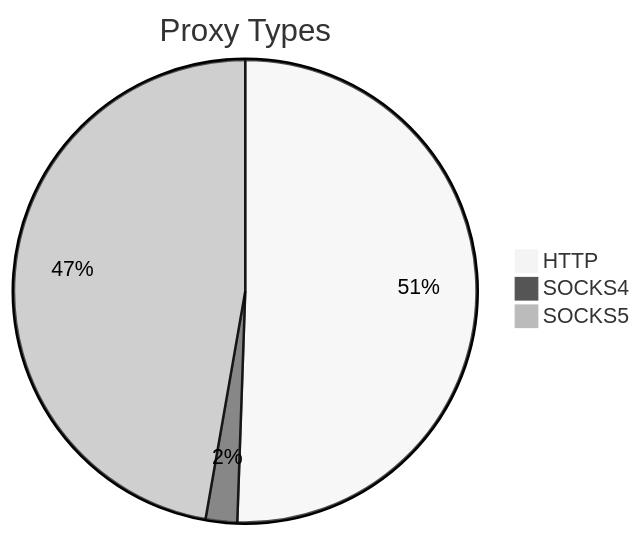
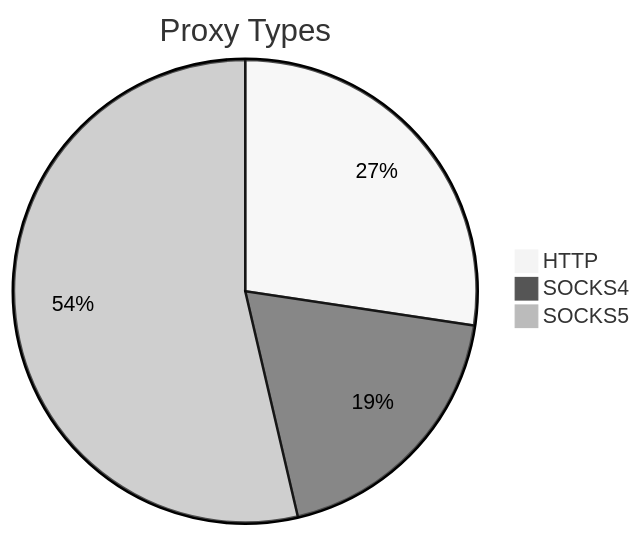
One commit to stormsia/proxy-list changed the first of 2 diagrams in README.md. Above: the diagram before and after it, drawn with Mermaid (neutral theme). The commit also changed other lines of this file, not shown here.

````diff
--- a/README.md
+++ b/README.md
@@ -21,6 +21,6 @@
 ```mermaid
 pie title Proxy Types
-    "HTTP" : 92
-    "SOCKS4" : 4
-    "SOCKS5" : 86
+    "HTTP" : 75
+    "SOCKS4" : 52
+    "SOCKS5" : 147
 ```
````
